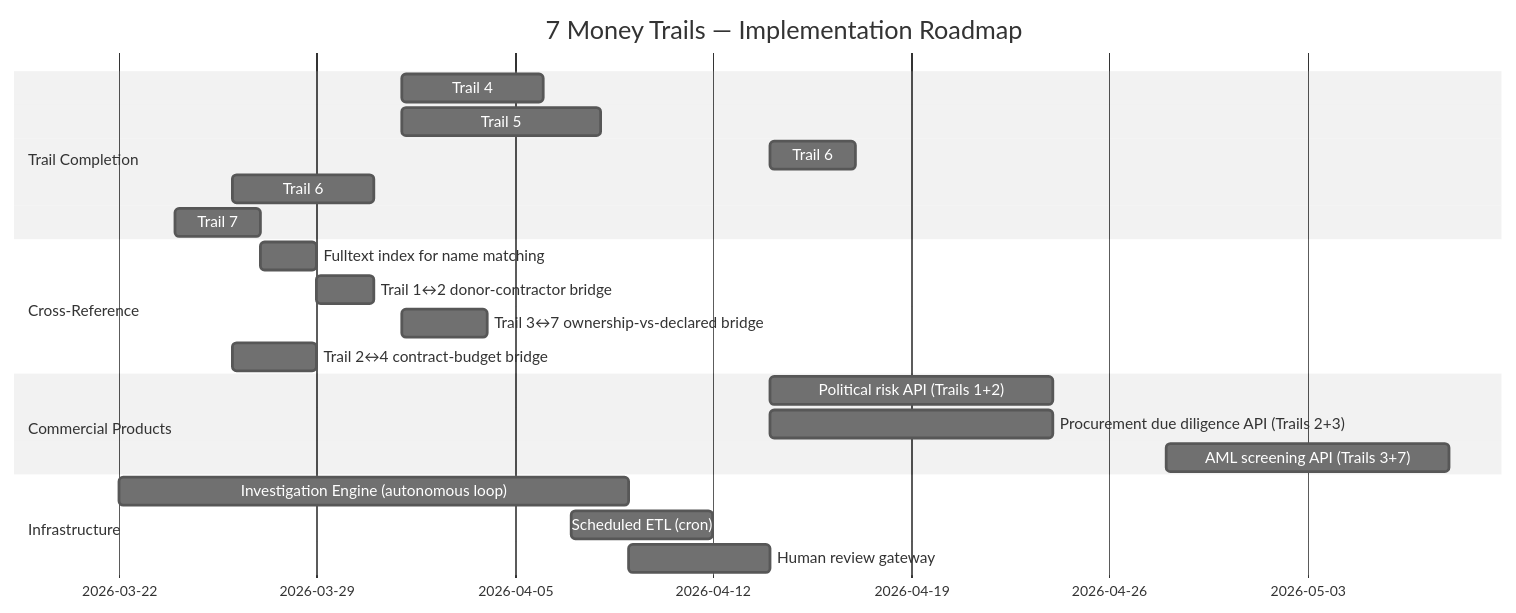
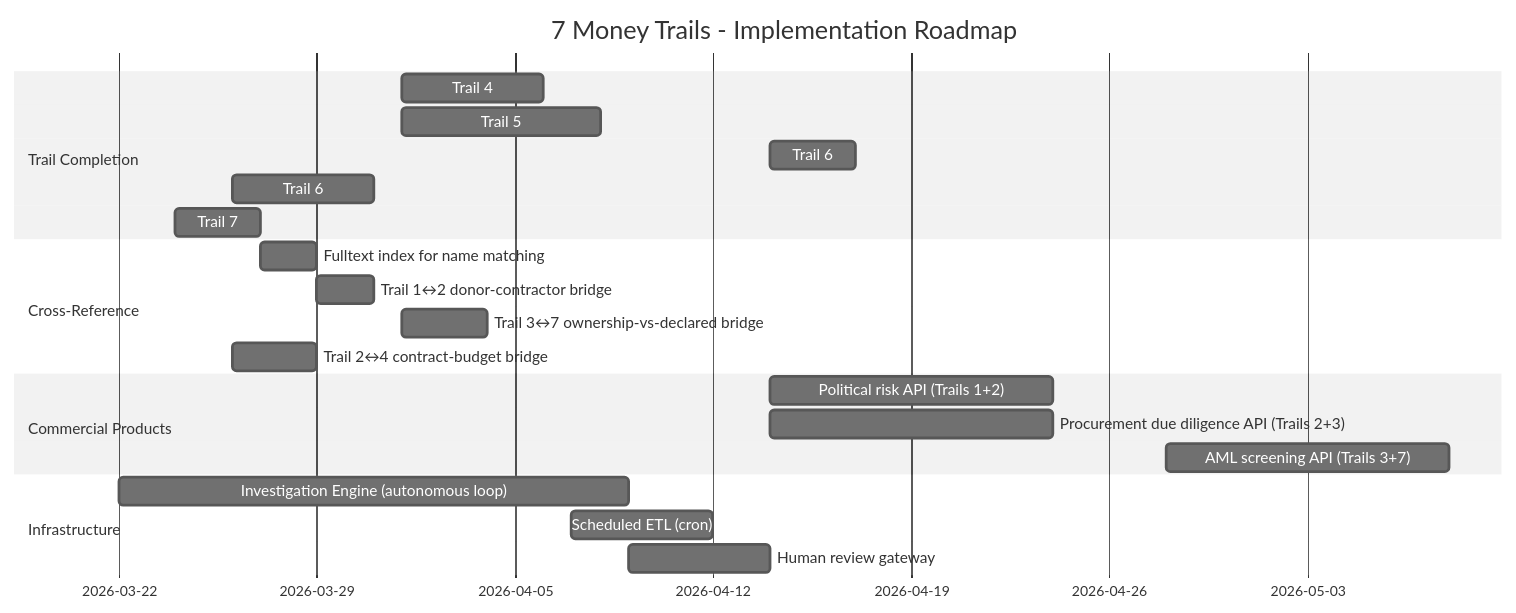
Before and after one commit to GabrielRuizVarela/office-of-accountability: diagram 11 of 11 in webapp/docs/superpowers/specs/2026-03-21-seven-money-trails.md, drawn with Mermaid (neutral theme). The commit also changed other lines of this file and 302 other files, not shown here.

````diff
--- a/webapp/docs/superpowers/specs/2026-03-21-seven-money-trails.md
+++ b/webapp/docs/superpowers/specs/2026-03-21-seven-money-trails.md
@@ -835,28 +835,28 @@
 ```mermaid
 gantt
-    title 7 Money Trails — Implementation Roadmap
+    title 7 Money Trails - Implementation Roadmap
     dateFormat YYYY-MM-DD
 
     section Trail Completion
     Trail 4: Budget ETL (Presupuesto Abierto)       :t4, 2026-04-01, 5d
     Trail 5: Crypto ETL (Solana fetcher)             :t5, 2026-04-01, 7d
     Trail 6: OpenSanctions integration               :t6a, 2026-04-14, 3d
     Trail 6: COMEX data ingestion                    :t6b, after t6a, 5d
     Trail 7: BCRA API wrapper                        :t7, 2026-03-24, 3d
 
     section Cross-Reference
     Fulltext index for name matching                 :xr1, 2026-03-27, 2d
     Trail 1↔2 donor-contractor bridge                :xr2, 2026-03-29, 2d
     Trail 3↔7 ownership-vs-declared bridge           :xr3, 2026-04-01, 3d
     Trail 2↔4 contract-budget bridge                 :xr4, after t4, 3d
 
     section Commercial Products
     Political risk API (Trails 1+2)                  :cp1, 2026-04-14, 10d
     Procurement due diligence API (Trails 2+3)       :cp2, 2026-04-14, 10d
     AML screening API (Trails 3+7)                   :cp3, 2026-04-28, 10d
 
     section Infrastructure
     Investigation Engine (autonomous loop)           :ie, 2026-03-22, 18d
     Scheduled ETL (cron)                             :cron, 2026-04-07, 5d
     Human review gateway                             :hrg, after ie, 5d
 ```
````
